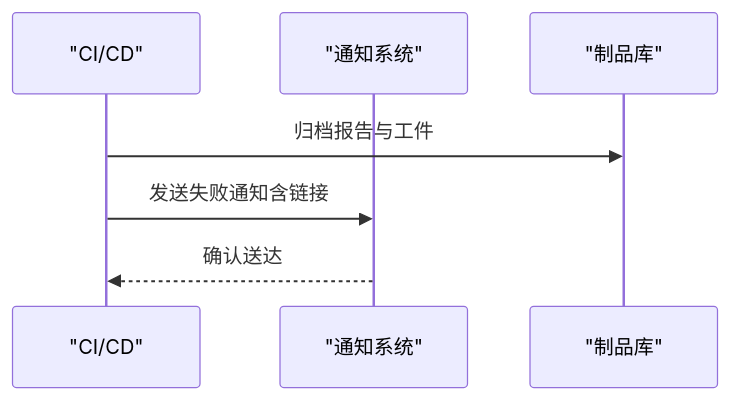
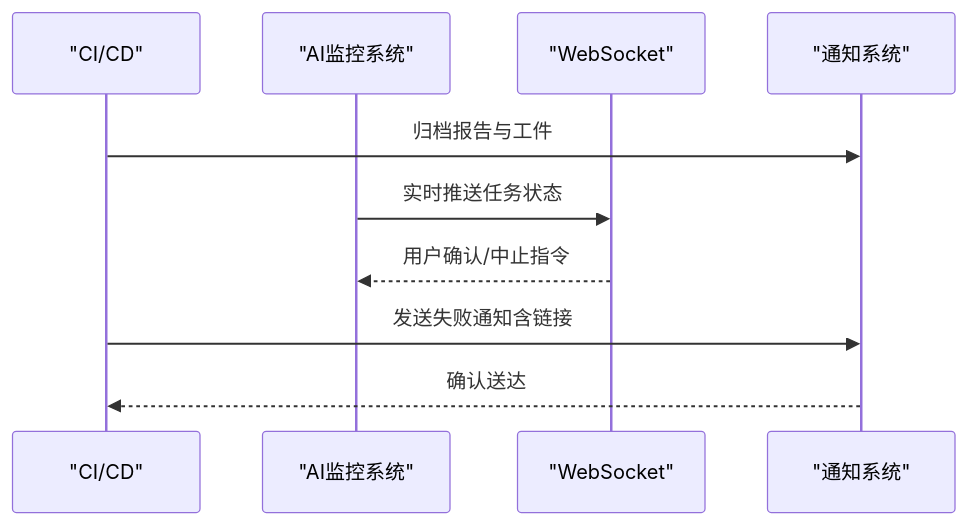
One commit to zzgoviziwind/--playwright changed the sixth of 7 diagrams in .qoder/repowiki/zh/content/部署和运维/监控和维护.md. Above: the diagram before and after it, drawn with Mermaid. The commit also changed other lines of this file and 112 other files, not shown here.

````diff
--- a/.qoder/repowiki/zh/content/部署和运维/监控和维护.md
+++ b/.qoder/repowiki/zh/content/部署和运维/监控和维护.md
@@ -298,9 +481,12 @@
 ```mermaid
 sequenceDiagram
 participant CI as "CI/CD"
+participant AI as "AI监控系统"
+participant WS as "WebSocket"
 participant Noti as "通知系统"
-participant Repo as "制品库"
-CI->>Repo : 归档报告与工件
+CI->>Noti : 归档报告与工件
+AI->>WS : 实时推送任务状态
+WS-->>AI : 用户确认/中止指令
 CI->>Noti : 发送失败通知含链接
 Noti-->>CI : 确认送达
 ```
````
